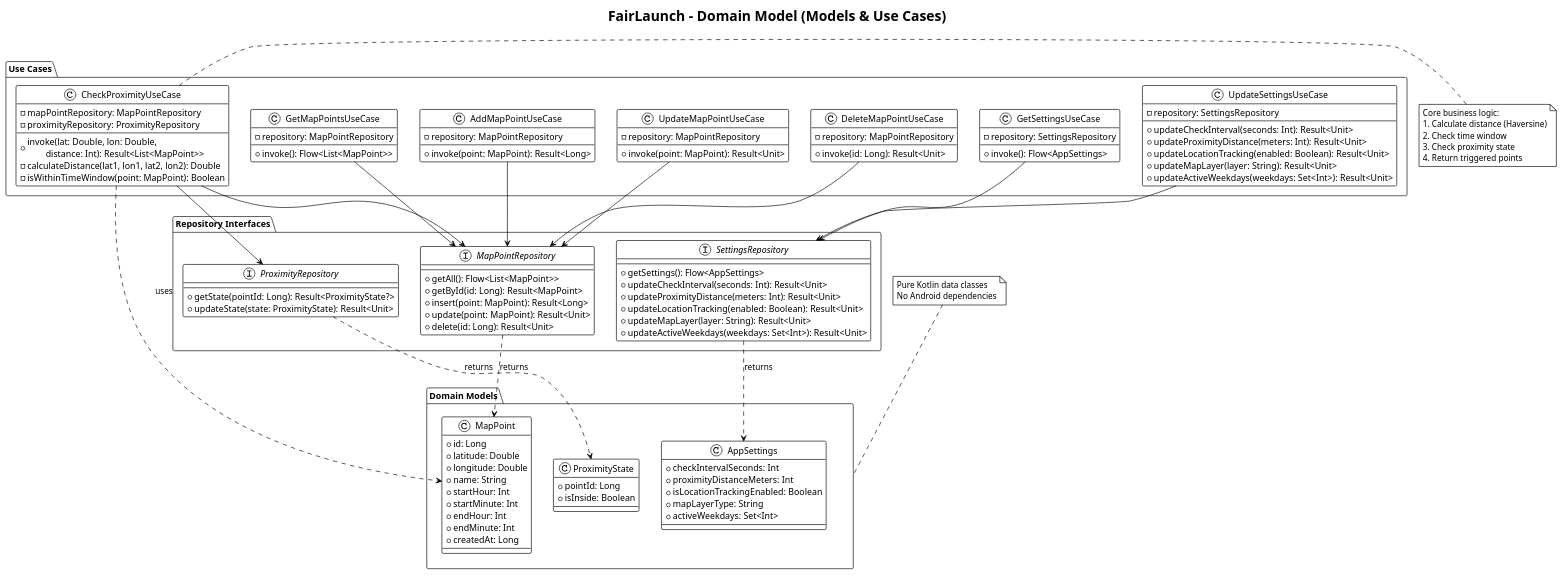
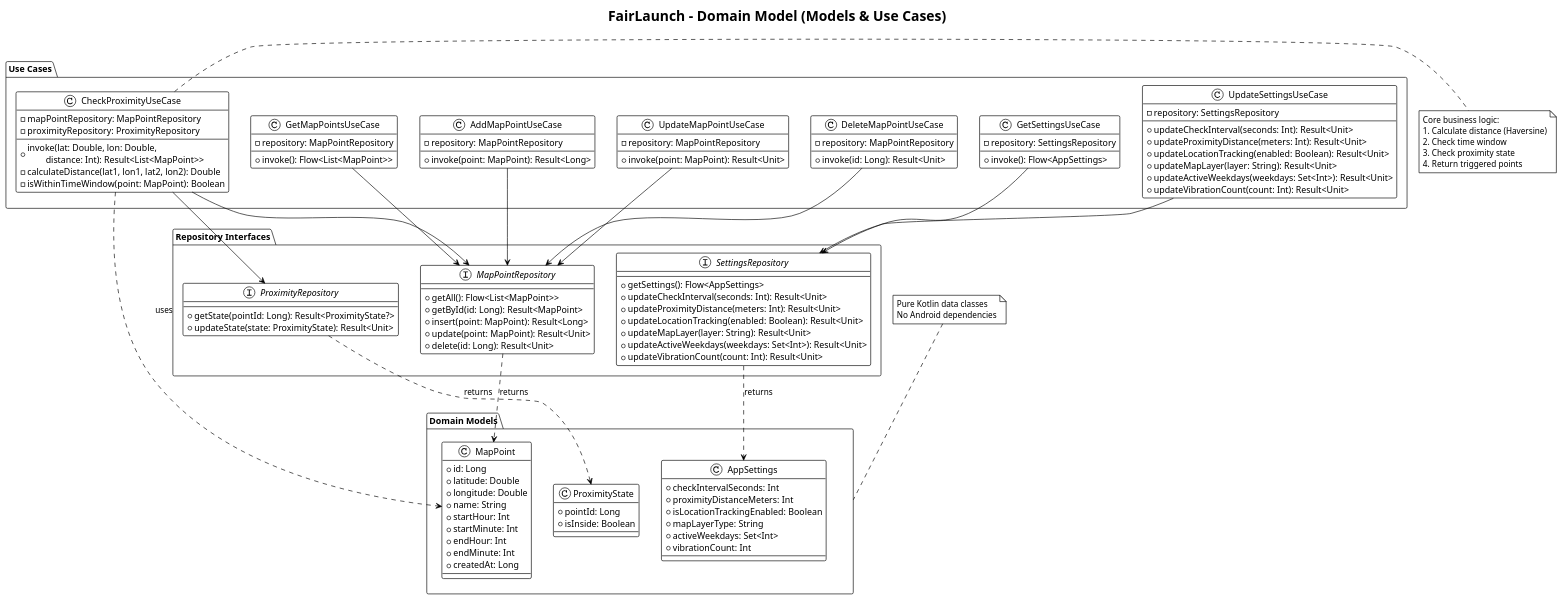
Before and after one commit to harzoglups/FairLaunch: the diagram in docs/domain-model.puml, drawn with PlantUML. The commit also changed 13 other files, not shown here.

Commit message:
feat(settings): add configurable vibration count for zone detection

```diff
--- a/docs/domain-model.puml
+++ b/docs/domain-model.puml
@@ -1,133 +1,136 @@
 @startuml FairLaunch-Domain-Model
 !theme plain
 skinparam backgroundColor #FFFFFF
 
 title FairLaunch - Domain Model (Models & Use Cases)
 
 package "Domain Models" {
   class MapPoint {
     + id: Long
     + latitude: Double
     + longitude: Double
     + name: String
     + startHour: Int
     + startMinute: Int
     + endHour: Int
     + endMinute: Int
     + createdAt: Long
   }
   
   class ProximityState {
     + pointId: Long
     + isInside: Boolean
   }
   
   class AppSettings {
     + checkIntervalSeconds: Int
     + proximityDistanceMeters: Int
     + isLocationTrackingEnabled: Boolean
     + mapLayerType: String
     + activeWeekdays: Set<Int>
+    + vibrationCount: Int
   }
 }
 
 package "Repository Interfaces" {
   interface MapPointRepository {
     + getAll(): Flow<List<MapPoint>>
     + getById(id: Long): Result<MapPoint>
     + insert(point: MapPoint): Result<Long>
     + update(point: MapPoint): Result<Unit>
     + delete(id: Long): Result<Unit>
   }
   
   interface ProximityRepository {
     + getState(pointId: Long): Result<ProximityState?>
     + updateState(state: ProximityState): Result<Unit>
   }
   
   interface SettingsRepository {
     + getSettings(): Flow<AppSettings>
     + updateCheckInterval(seconds: Int): Result<Unit>
     + updateProximityDistance(meters: Int): Result<Unit>
     + updateLocationTracking(enabled: Boolean): Result<Unit>
     + updateMapLayer(layer: String): Result<Unit>
     + updateActiveWeekdays(weekdays: Set<Int>): Result<Unit>
+    + updateVibrationCount(count: Int): Result<Unit>
   }
 }
 
 package "Use Cases" {
   class GetMapPointsUseCase {
     - repository: MapPointRepository
     + invoke(): Flow<List<MapPoint>>
   }
   
   class AddMapPointUseCase {
     - repository: MapPointRepository
     + invoke(point: MapPoint): Result<Long>
   }
   
   class UpdateMapPointUseCase {
     - repository: MapPointRepository
     + invoke(point: MapPoint): Result<Unit>
   }
   
   class DeleteMapPointUseCase {
     - repository: MapPointRepository
     + invoke(id: Long): Result<Unit>
   }
   
   class CheckProximityUseCase {
     - mapPointRepository: MapPointRepository
     - proximityRepository: ProximityRepository
     + invoke(lat: Double, lon: Double, \n        distance: Int): Result<List<MapPoint>>
     - calculateDistance(lat1, lon1, lat2, lon2): Double
     - isWithinTimeWindow(point: MapPoint): Boolean
   }
   
   class GetSettingsUseCase {
     - repository: SettingsRepository
     + invoke(): Flow<AppSettings>
   }
   
   class UpdateSettingsUseCase {
     - repository: SettingsRepository
     + updateCheckInterval(seconds: Int): Result<Unit>
     + updateProximityDistance(meters: Int): Result<Unit>
     + updateLocationTracking(enabled: Boolean): Result<Unit>
     + updateMapLayer(layer: String): Result<Unit>
     + updateActiveWeekdays(weekdays: Set<Int>): Result<Unit>
+    + updateVibrationCount(count: Int): Result<Unit>
   }
 }
 
 ' Relationships
 GetMapPointsUseCase --> MapPointRepository
 AddMapPointUseCase --> MapPointRepository
 UpdateMapPointUseCase --> MapPointRepository
 DeleteMapPointUseCase --> MapPointRepository
 
 CheckProximityUseCase --> MapPointRepository
 CheckProximityUseCase --> ProximityRepository
 
 GetSettingsUseCase --> SettingsRepository
 UpdateSettingsUseCase --> SettingsRepository
 
 MapPointRepository ..> MapPoint : returns
 ProximityRepository ..> ProximityState : returns
 SettingsRepository ..> AppSettings : returns
 
 CheckProximityUseCase ..> MapPoint : uses
 
 note right of CheckProximityUseCase
   Core business logic:
   1. Calculate distance (Haversine)
   2. Check time window
   3. Check proximity state
   4. Return triggered points
 end note
 
 note top of "Domain Models"
   Pure Kotlin data classes
   No Android dependencies
 end note
 
 @enduml
```
